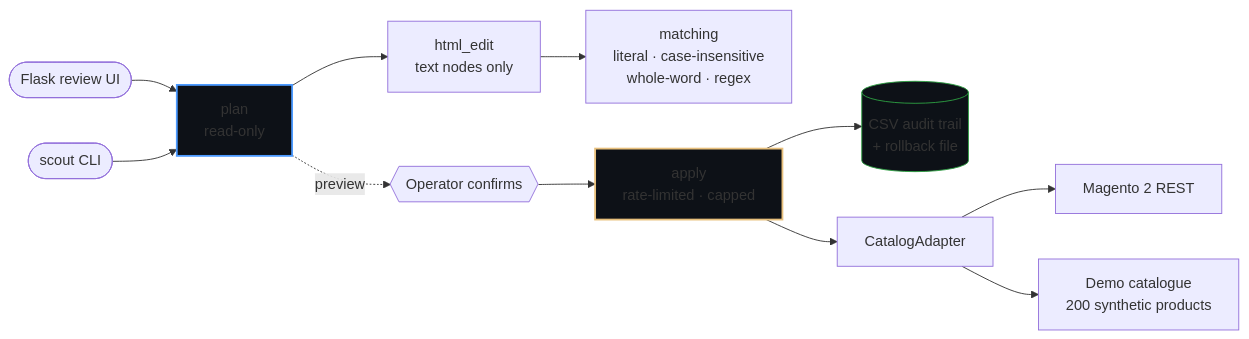
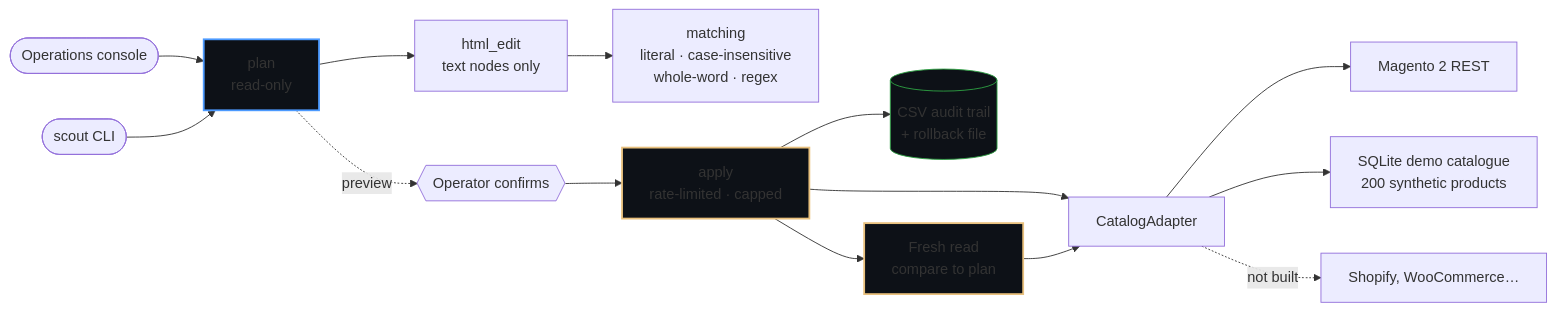
Before and after one commit to calumcaulfield/searchscout: the diagram in README.md, drawn with Mermaid. The commit also changed other lines of this file and 45 other files, not shown here.

First line of the commit message:
feat: expand SearchScout into a catalogue operations console

````diff
--- a/README.md
+++ b/README.md
@@ -76,21 +115,26 @@
 ```mermaid
 flowchart LR
-    UI([Flask review UI]) --> PLAN
+    UI([Operations console]) --> PLAN
     CLI([scout CLI]) --> PLAN
 
     PLAN[plan<br/>read-only] --> EDIT[html_edit<br/>text nodes only]
     EDIT --> MATCH[matching<br/>literal · case-insensitive<br/>whole-word · regex]
 
     PLAN -.preview.-> REVIEW{{Operator confirms}}
     REVIEW --> APPLY[apply<br/>rate-limited · capped]
 
     APPLY --> AUDIT[(CSV audit trail<br/>+ rollback file)]
     APPLY --> ADAPTER[CatalogAdapter]
 
+    APPLY --> VERIFY[Fresh read<br/>compare to plan]
+    VERIFY --> ADAPTER
+
     ADAPTER --> MAGENTO[Magento 2 REST]
-    ADAPTER --> DEMO[Demo catalogue<br/>200 synthetic products]
+    ADAPTER --> DEMO[SQLite demo catalogue<br/>200 synthetic products]
+    ADAPTER -.not built.-> OTHER[Shopify, WooCommerce…]
 
     style PLAN fill:#0d1117,stroke:#4c9aff,stroke-width:2px
     style APPLY fill:#0d1117,stroke:#e8c07d,stroke-width:2px
     style AUDIT fill:#0d1117,stroke:#2ea043
+    style VERIFY fill:#0d1117,stroke:#e8c07d,stroke-width:2px
 ```
````
